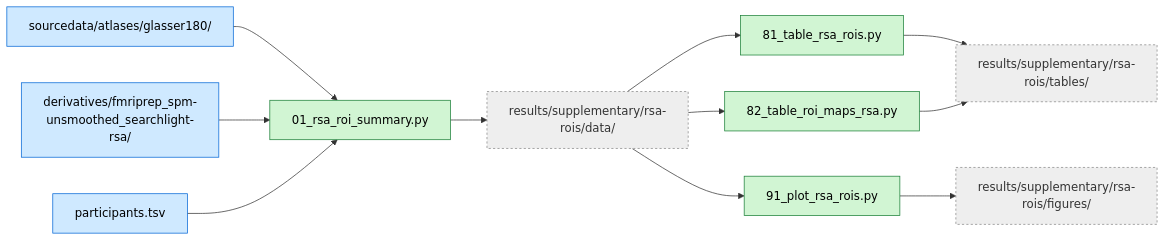
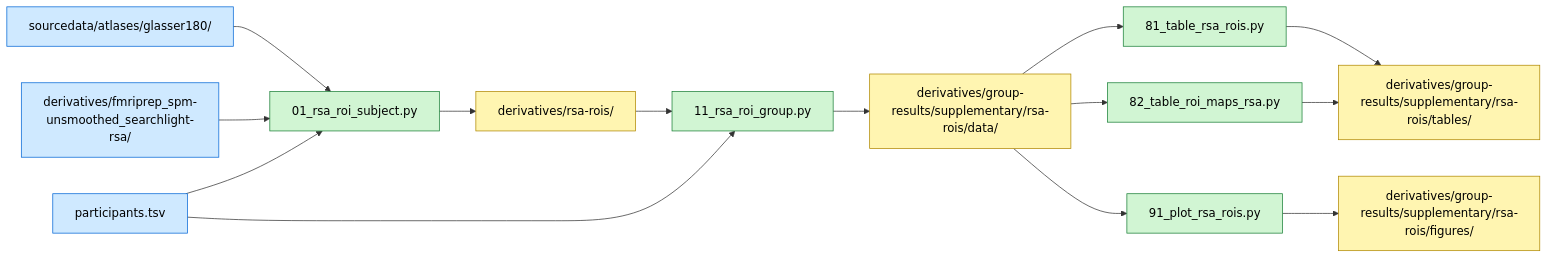
Before and after one commit to costantinoai/chess-expertise-2025: the diagram in chess-supplementary/rsa-rois/README.md, drawn with Mermaid. The commit also changed other lines of this file and 59 other files, not shown here.

````diff
--- a/chess-supplementary/rsa-rois/README.md
+++ b/chess-supplementary/rsa-rois/README.md
@@ -14,27 +15,33 @@
 ```mermaid
 flowchart LR
-  classDef in fill:#cfe9ff,stroke:#0366d6,color:#000
-  classDef sc fill:#d1f5d3,stroke:#1a7f37,color:#000
-  classDef rl fill:#eee,stroke:#888,stroke-dasharray:3 3,color:#333
+ classDef in fill:#cfe9ff,stroke:#0366d6,color:#000
+ classDef out fill:#fff5b1,stroke:#b08800,color:#000
+ classDef sc fill:#d1f5d3,stroke:#1a7f37,color:#000
 
-  PT[participants.tsv]:::in
-  A180[sourcedata/atlases/glasser180/]:::in
-  SLR[derivatives/fmriprep_spm-unsmoothed_searchlight-rsa/]:::in
+ PT[participants.tsv]:::in
+ A180[sourcedata/atlases/glasser180/]:::in
+ SLR[derivatives/fmriprep_spm-unsmoothed_searchlight-rsa/]:::in
 
-  RR01["01_rsa_roi_summary.py"]:::sc
-  RR81["81_table_rsa_rois.py"]:::sc
-  RR82["82_table_roi_maps_rsa.py"]:::sc
-  RR91["91_plot_rsa_rois.py"]:::sc
-  DATA["results/supplementary/rsa-rois/data/"]:::rl
-  TABLES["results/supplementary/rsa-rois/tables/"]:::rl
-  FIGURES["results/supplementary/rsa-rois/figures/"]:::rl
+ RR01["01_rsa_roi_subject.py"]:::sc
+ RR11["11_rsa_roi_group.py"]:::sc
+ RR81["81_table_rsa_rois.py"]:::sc
+ RR82["82_table_roi_maps_rsa.py"]:::sc
+ RR91["91_plot_rsa_rois.py"]:::sc
+ DERIV[derivatives/rsa-rois/]:::out
+ DATA["derivatives/group-results/supplementary/rsa-rois/data/"]:::out
+ TABLES["derivatives/group-results/supplementary/rsa-rois/tables/"]:::out
+ FIGURES["derivatives/group-results/supplementary/rsa-rois/figures/"]:::out
 
-  A180 --> RR01
-  SLR --> RR01
-  PT --> RR01
-  RR01 --> DATA
+ A180 --> RR01
+ SLR --> RR01
+ PT --> RR01
+ RR01 --> DERIV
 
-  DATA --> RR81 --> TABLES
-  DATA --> RR82 --> TABLES
-  DATA --> RR91 --> FIGURES
+ DERIV --> RR11
+ PT --> RR11
+ RR11 --> DATA
+
+ DATA --> RR81 --> TABLES
+ DATA --> RR82 --> TABLES
+ DATA --> RR91 --> FIGURES
 ```
````
